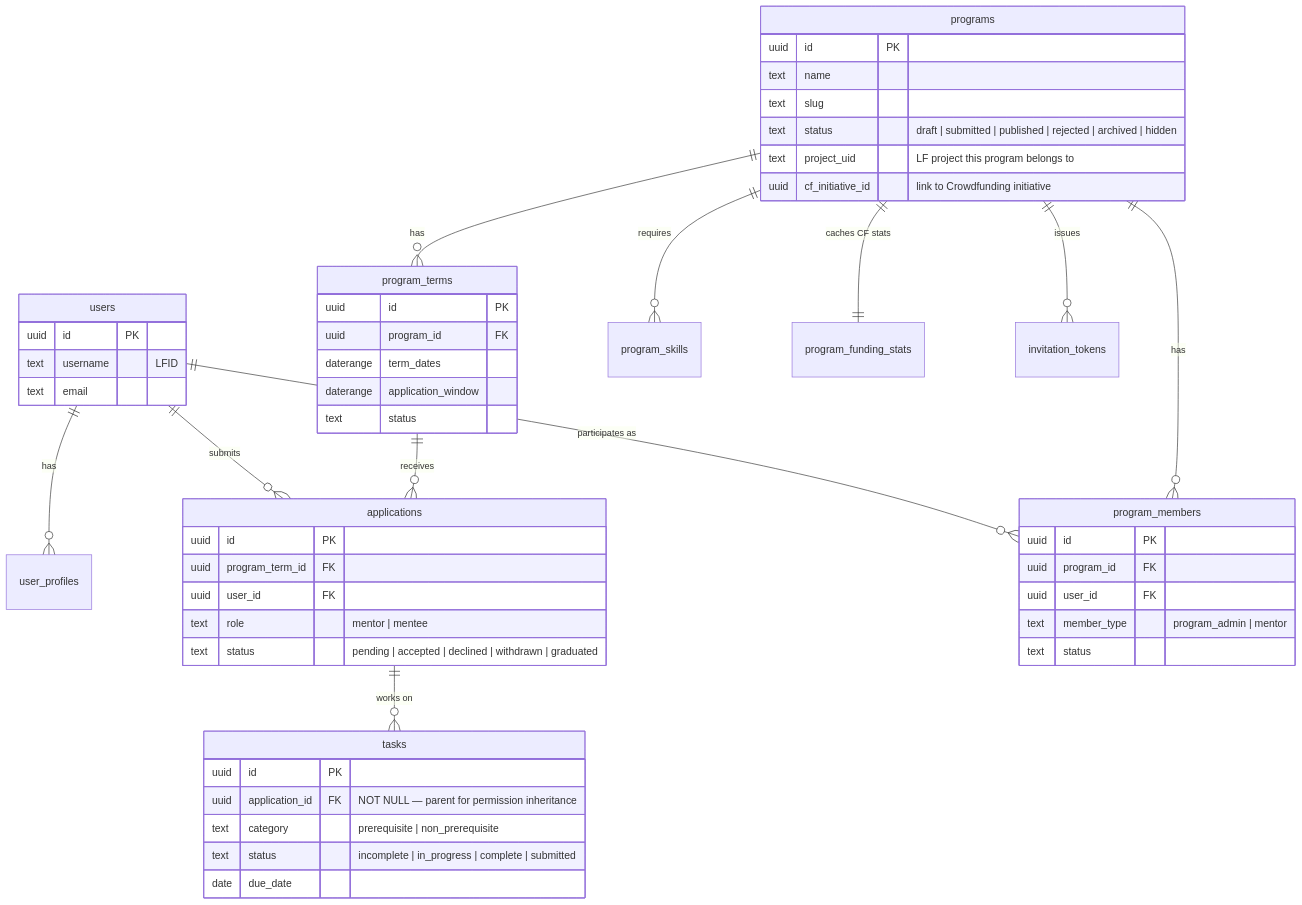
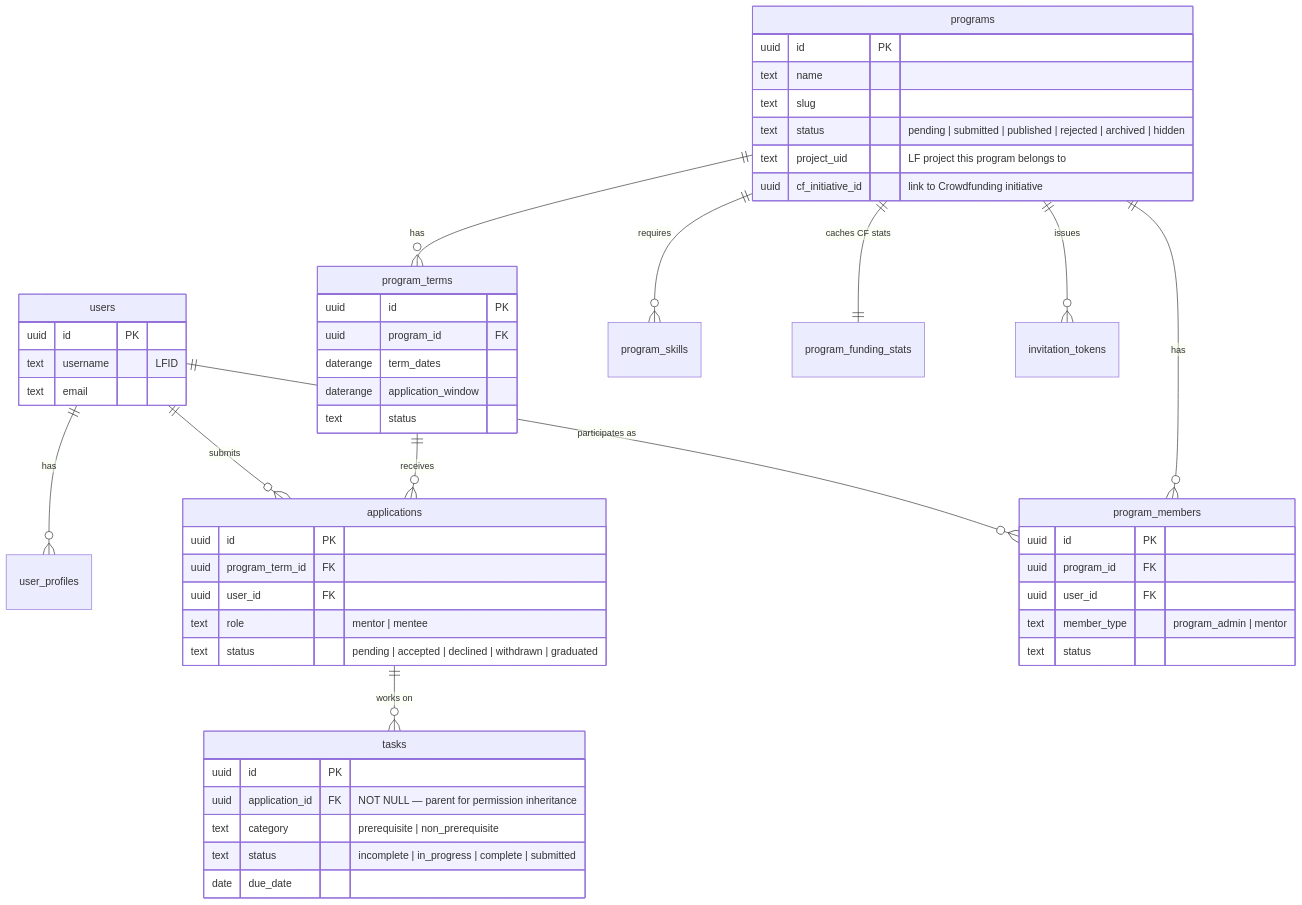
One commit to linuxfoundation/lfx-mentorship changed the second of 2 diagrams in docs/rewrite/02-target-architecture.md. Above: the diagram before and after it, drawn with Mermaid. The commit also changed 26 other files, not shown here.

First line of the commit message:
refactor(programs): rename the draft program status to pending

````diff
--- a/docs/rewrite/02-target-architecture.md
+++ b/docs/rewrite/02-target-architecture.md
@@ -101,55 +101,55 @@
 ```mermaid
 erDiagram
     users ||--o{ user_profiles : has
     users ||--o{ applications : submits
     users ||--o{ program_members : "participates as"
     programs ||--o{ program_terms : has
     programs ||--o{ program_members : has
     programs ||--o{ program_skills : requires
     programs ||--|| program_funding_stats : "caches CF stats"
     program_terms ||--o{ applications : receives
     applications ||--o{ tasks : "works on"
     programs ||--o{ invitation_tokens : issues
 
     users {
         uuid id PK
         text username "LFID"
         text email
     }
     programs {
         uuid id PK
         text name
         text slug
-        text status "draft | submitted | published | rejected | archived | hidden"
+        text status "pending | submitted | published | rejected | archived | hidden"
         text project_uid "LF project this program belongs to"
         uuid cf_initiative_id "link to Crowdfunding initiative"
     }
     program_terms {
         uuid id PK
         uuid program_id FK
         daterange term_dates
         daterange application_window
         text status
     }
     applications {
         uuid id PK
         uuid program_term_id FK
         uuid user_id FK
         text role "mentor | mentee"
         text status "pending | accepted | declined | withdrawn | graduated"
     }
     program_members {
         uuid id PK
         uuid program_id FK
         uuid user_id FK
         text member_type "program_admin | mentor"
         text status
     }
     tasks {
         uuid id PK
         uuid application_id FK "NOT NULL — parent for permission inheritance"
         text category "prerequisite | non_prerequisite"
         text status "incomplete | in_progress | complete | submitted"
         date due_date
     }
 ```
````
